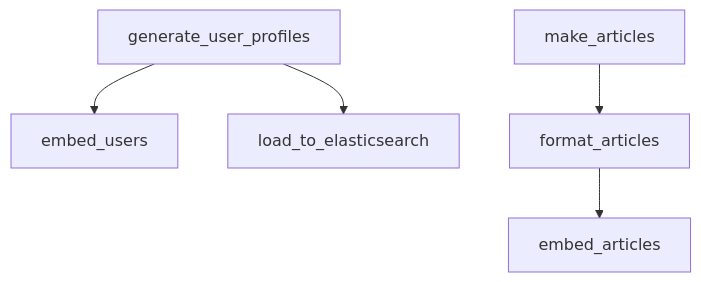
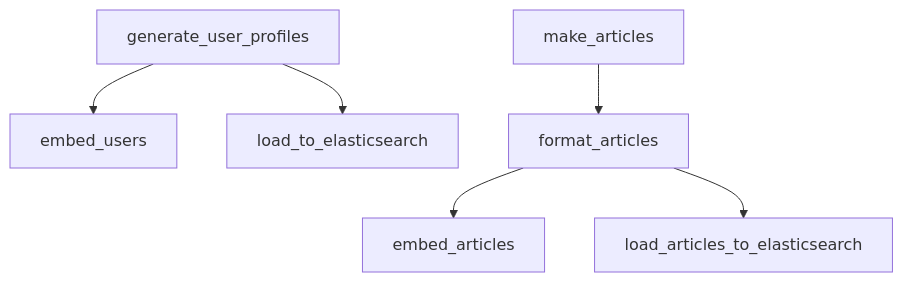
Before and after one commit to u-masao/hybrid-search-demo: the diagram in PIPELINE.md, drawn with Mermaid.

Commit message:
dvc pipeline updated

````diff
--- a/PIPELINE.md
+++ b/PIPELINE.md
@@ -1,13 +1,15 @@
 ```mermaid
 flowchart TD
 	node1["embed_users"]
 	node2["generate_user_profiles"]
 	node3["load_to_elasticsearch"]
 	node2-->node1
 	node2-->node3
 	node4["embed_articles"]
 	node5["format_articles"]
-	node6["make_articles"]
+	node6["load_articles_to_elasticsearch"]
+	node7["make_articles"]
 	node5-->node4
-	node6-->node5
+	node5-->node6
+	node7-->node5
 ```
````
